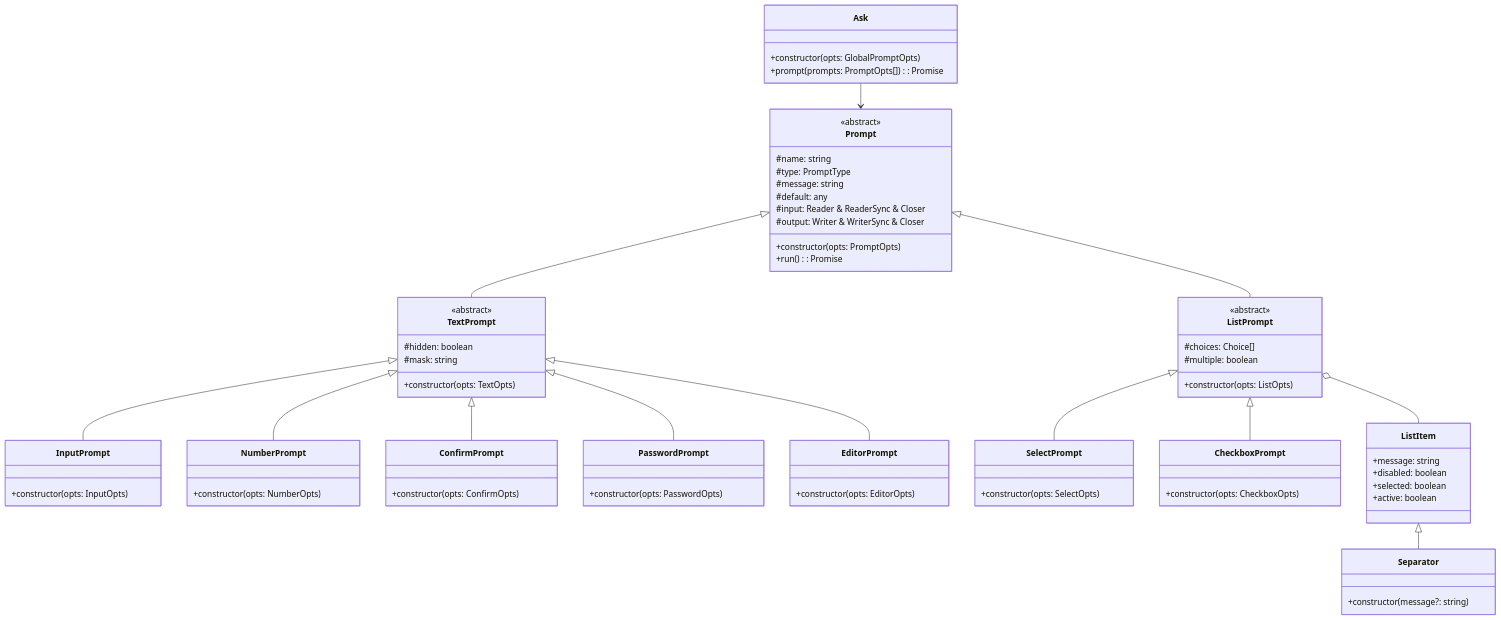
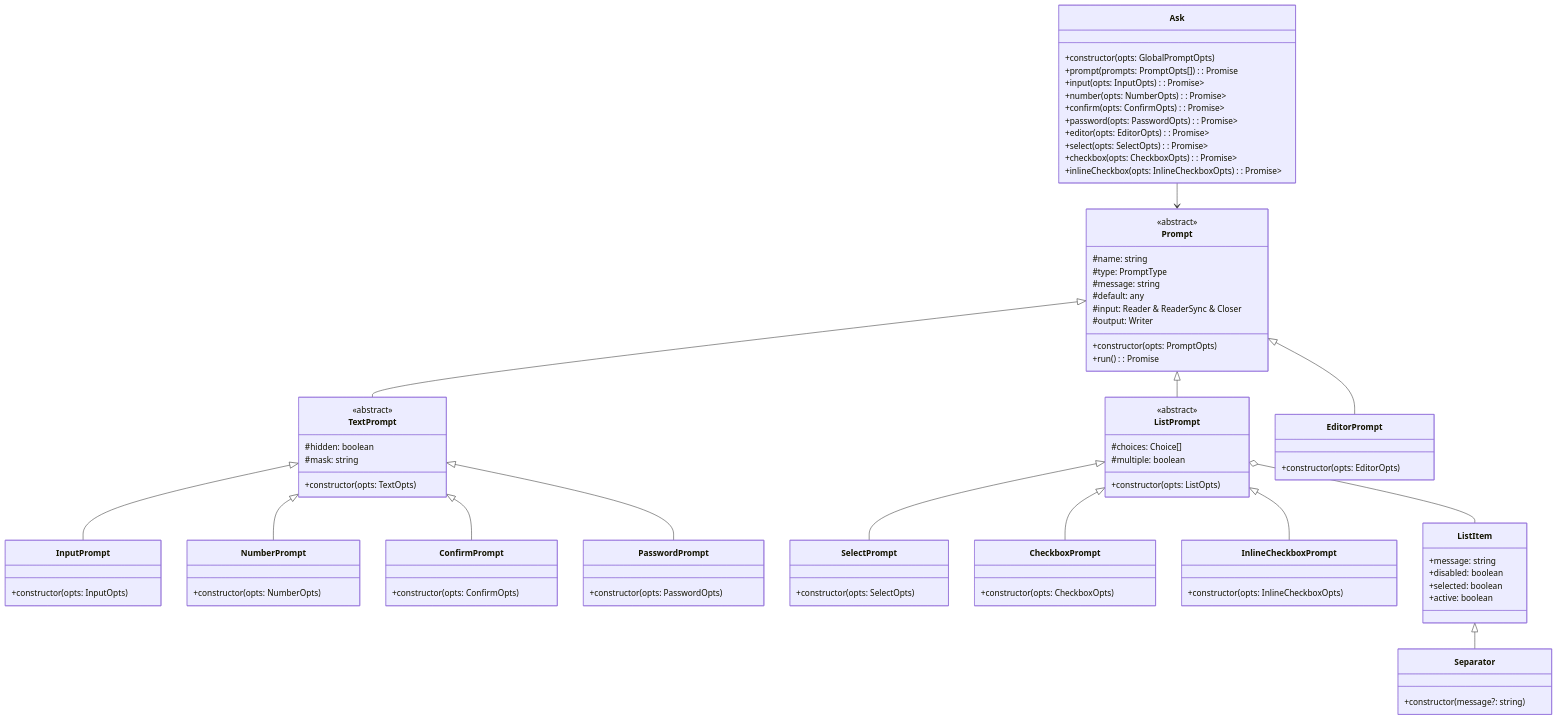
One commit to jpravetz/ask changed the diagram in README.md. Above: the diagram before and after it, drawn with Mermaid. The commit also changed other lines of this file and 13 other files, not shown here.

````diff
--- a/README.md
+++ b/README.md
@@ -88,6 +89,14 @@
   class Ask {
     +constructor(opts: GlobalPromptOpts)
     +prompt(prompts: PromptOpts[]): Promise<any>
+    +input(opts: InputOpts): Promise<Result<string | undefined>>
+    +number(opts: NumberOpts): Promise<Result<number | undefined>>
+    +confirm(opts: ConfirmOpts): Promise<Result<boolean | undefined>>
+    +password(opts: PasswordOpts): Promise<Result<string | undefined>>
+    +editor(opts: EditorOpts): Promise<Result<string | undefined>>
+    +select(opts: SelectOpts): Promise<Result<unknown>>
+    +checkbox(opts: CheckboxOpts): Promise<Result<unknown[]>>
+    +inlineCheckbox(opts: InlineCheckboxOpts): Promise<Result<unknown[]>>
   }
 
   class Prompt {
@@ -97,7 +106,7 @@
     #message: string
     #default: any
     #input: Reader & ReaderSync & Closer
-    #output: Writer & WriterSync & Closer
+    #output: Writer
     +constructor(opts: PromptOpts)
     +run(): Promise<any>
   }
@@ -144,6 +153,10 @@
     +constructor(opts: CheckboxOpts)
   }
 
+  class InlineCheckboxPrompt {
+    +constructor(opts: InlineCheckboxOpts)
+  }
+
   class ListItem {
     +message: string
     +disabled: boolean
@@ -158,13 +171,14 @@
   Ask --> Prompt
   Prompt <|-- TextPrompt
   Prompt <|-- ListPrompt
+  Prompt <|-- EditorPrompt
   TextPrompt <|-- InputPrompt
   TextPrompt <|-- NumberPrompt
   TextPrompt <|-- ConfirmPrompt
   TextPrompt <|-- PasswordPrompt
-  TextPrompt <|-- EditorPrompt
   ListPrompt <|-- SelectPrompt
   ListPrompt <|-- CheckboxPrompt
+  ListPrompt <|-- InlineCheckboxPrompt
   ListPrompt o-- ListItem
   ListItem <|-- Separator
 ```
````
